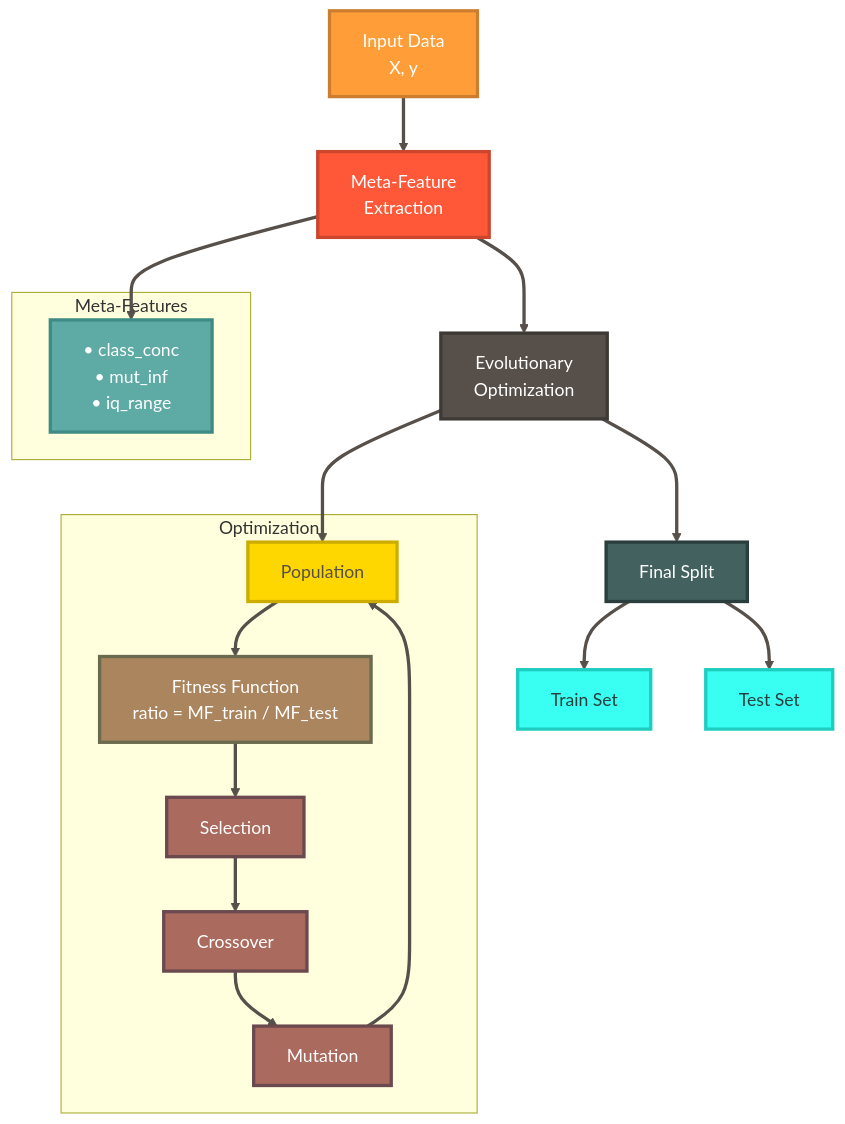
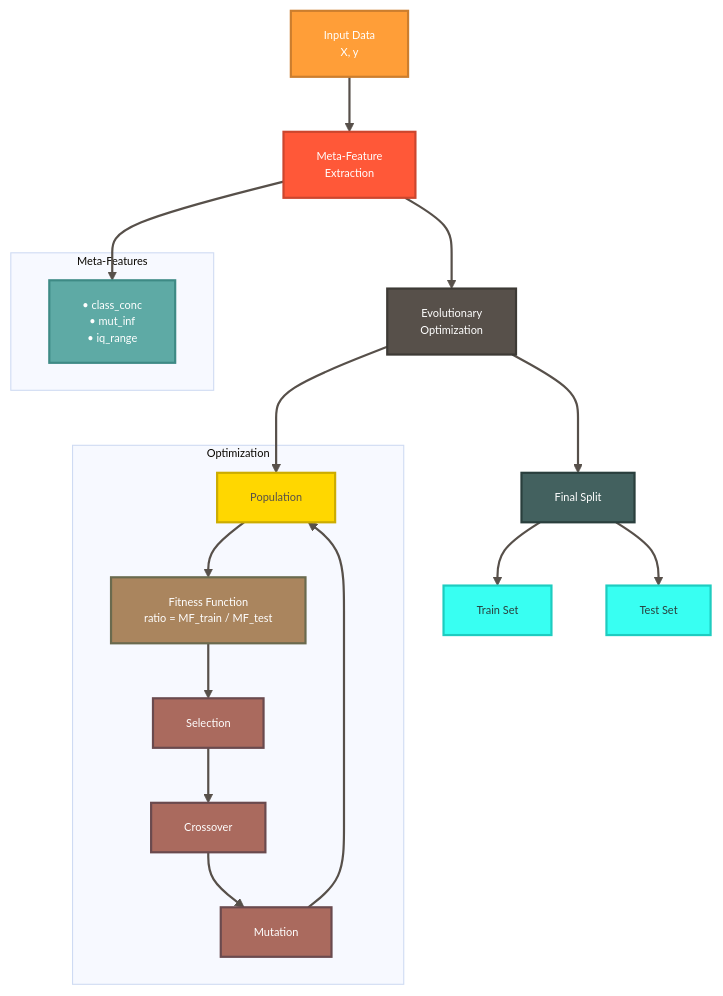
One commit to ITMO-NSS-team/OOD_Tab_Evaluation changed the first of 2 diagrams in README.md. Above: the diagram before and after it, drawn with Mermaid. The commit also changed other lines of this file, not shown here.

````diff
--- a/README.md
+++ b/README.md
@@ -58,37 +58,38 @@
 ```mermaid
+%%{init: {'theme': 'base', 'themeVariables': { 'fontSize': '10px' }}}%%
 graph TD
     A[Input Data<br/>X, y] --> B[Meta-Feature<br/>Extraction]
     B --> C[Evolutionary<br/>Optimization]
     
     subgraph Meta-Features
         D["• class_conc<br/>• mut_inf<br/>• iq_range"]
     end
     
     subgraph Optimization
         E["Population"] --> F["Fitness Function<br/>ratio = MF_train / MF_test"]
         F --> G["Selection"]
         G --> H["Crossover"]
         H --> I["Mutation"]
         I --> E
     end
     
     B --> D
     C --> E
     C --> J["Final Split"]
     J --> K["Train Set"] & L["Test Set"]
     
-    style A fill:#FF9E38,stroke:#CC7E2E,stroke-width:3px,color:#fff
-    style B fill:#FF5838,stroke:#CC462E,stroke-width:3px,color:#fff
-    style C fill:#57504A,stroke:#3D3A35,stroke-width:3px,color:#fff
-    style J fill:#43615F,stroke:#2A3F3D,stroke-width:3px,color:#fff
-    style K fill:#38FFF2,stroke:#1ECCC0,stroke-width:3px,color:#2A3F3D
-    style L fill:#38FFF2,stroke:#1ECCC0,stroke-width:3px,color:#2A3F3D
-    style D fill:#5EAAA5,stroke:#3E8A85,stroke-width:3px,color:#fff
-    style E fill:#FFD700,stroke:#CCAC00,stroke-width:3px,color:#57504A
-    style F fill:#AA855E,stroke:#6A6A4E,stroke-width:3px,color:#fff
-    style G fill:#AA6A5E,stroke:#6A4A4E,stroke-width:3px,color:#fff
-    style H fill:#AA6A5E,stroke:#6A4A4E,stroke-width:3px,color:#fff
-    style I fill:#AA6A5E,stroke:#6A4A4E,stroke-width:3px,color:#fff
+    style A fill:#FF9E38,stroke:#CC7E2E,stroke-width:2px,color:#fff
+    style B fill:#FF5838,stroke:#CC462E,stroke-width:2px,color:#fff
+    style C fill:#57504A,stroke:#3D3A35,stroke-width:2px,color:#fff
+    style J fill:#43615F,stroke:#2A3F3D,stroke-width:2px,color:#fff
+    style K fill:#38FFF2,stroke:#1ECCC0,stroke-width:2px,color:#2A3F3D
+    style L fill:#38FFF2,stroke:#1ECCC0,stroke-width:2px,color:#2A3F3D
+    style D fill:#5EAAA5,stroke:#3E8A85,stroke-width:2px,color:#fff
+    style E fill:#FFD700,stroke:#CCAC00,stroke-width:2px,color:#57504A
+    style F fill:#AA855E,stroke:#6A6A4E,stroke-width:2px,color:#fff
+    style G fill:#AA6A5E,stroke:#6A4A4E,stroke-width:2px,color:#fff
+    style H fill:#AA6A5E,stroke:#6A4A4E,stroke-width:2px,color:#fff
+    style I fill:#AA6A5E,stroke:#6A4A4E,stroke-width:2px,color:#fff
     
-    linkStyle default stroke:#57504A,stroke-width:3px
+    linkStyle default stroke:#57504A,stroke-width:2px
 ```
````
